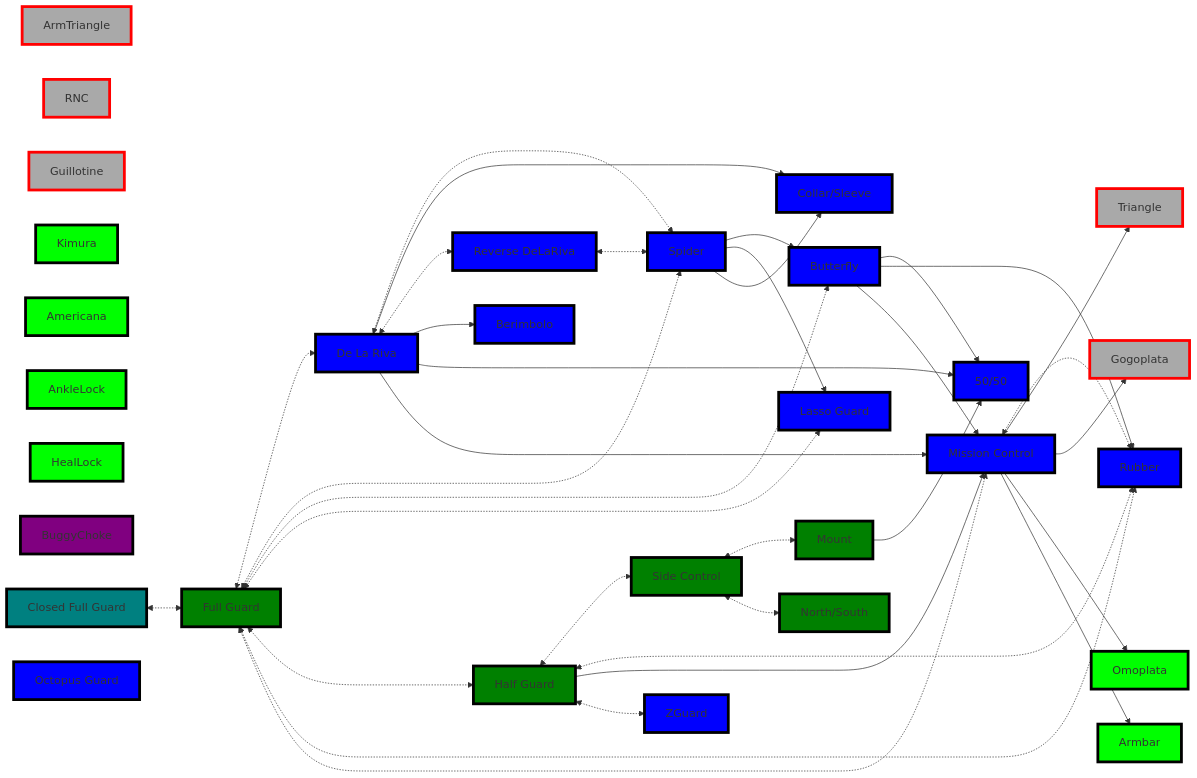
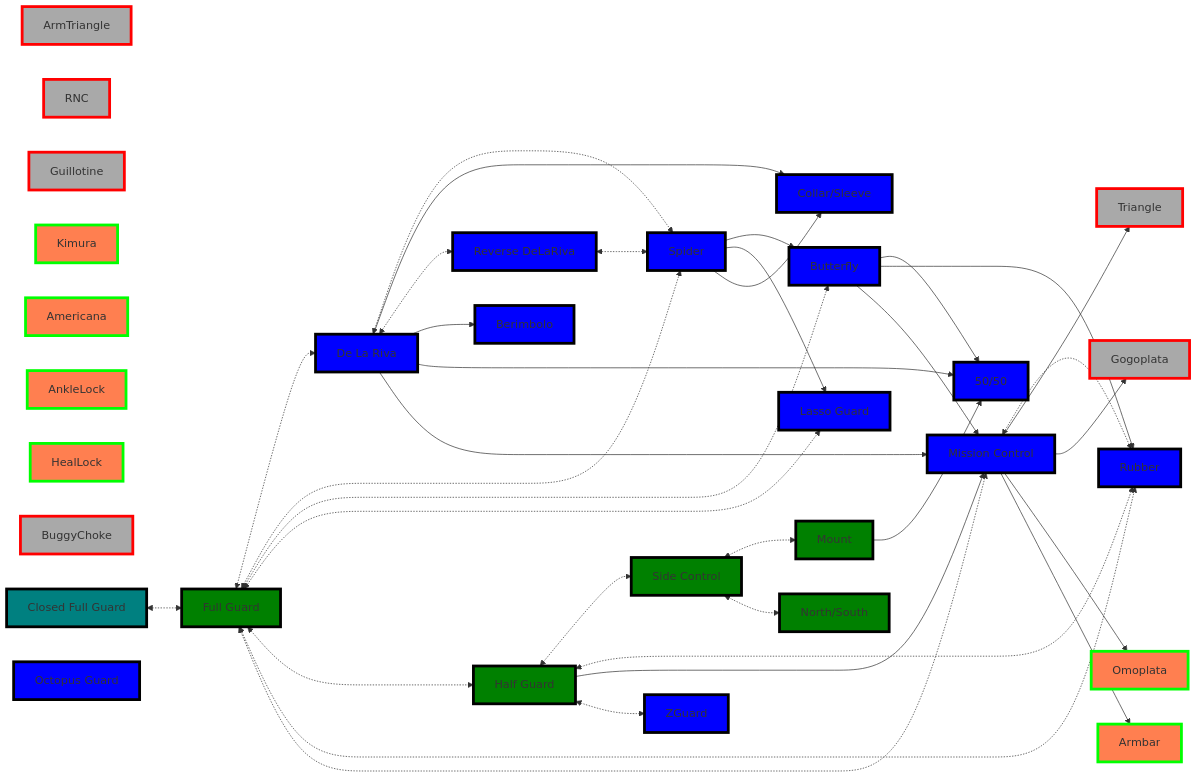
The second of 4 diagrams in _Fitness/MMA/Real World BJJ Flows.md (jacgit18/DevHiveMind), drawn with Mermaid before and after one commit. The commit also changed other lines of this file, not shown here.

Commit message:
M "_Fitness/MMA/Real World BJJ Flows.md"

````diff
--- a/_Fitness/MMA/Real World BJJ Flows.md
+++ b/_Fitness/MMA/Real World BJJ Flows.md
@@ -263,9 +263,9 @@
 
 style 2 fill:darkgray,stroke:red,stroke-width:4px,shadow:shadow
 
-style 3 fill:lime,stroke:black,stroke-width:4px,shadow:shadow
+style 3 fill:coral,stroke:lime,stroke-width:4px,shadow:shadow
 
-style 4 fill:lime,stroke:black,stroke-width:4px,shadow:shadow
+style 4 fill:coral,stroke:lime,stroke-width:4px,shadow:shadow
 
 style 5 fill:darkgray,stroke:red,stroke-width:4px,shadow:shadow
 
@@ -273,13 +273,13 @@
 
 style 7 fill:darkgray,stroke:red,stroke-width:4px,shadow:shadow
 
-style 8 fill:lime,stroke:black,stroke-width:4px,shadow:shadow
+style 8 fill:coral,stroke:lime,stroke-width:4px,shadow:shadow
 
-style 9 fill:lime,stroke:black,stroke-width:4px,shadow:shadow
+style 9 fill:coral,stroke:lime,stroke-width:4px,shadow:shadow
 
-style 10 fill:lime,stroke:black,stroke-width:4px,shadow:shadow
+style 10 fill:coral,stroke:lime,stroke-width:4px,shadow:shadow
 
-style 11 fill:lime,stroke:black,stroke-width:4px,shadow:shadow
+style 11 fill:coral,stroke:lime,stroke-width:4px,shadow:shadow
 
-style 12 fill:purple,stroke:black,stroke-width:4px,shadow:shadow
+style 12 fill:darkgray,stroke:red,stroke-width:4px,shadow:shadow
 ```
````
